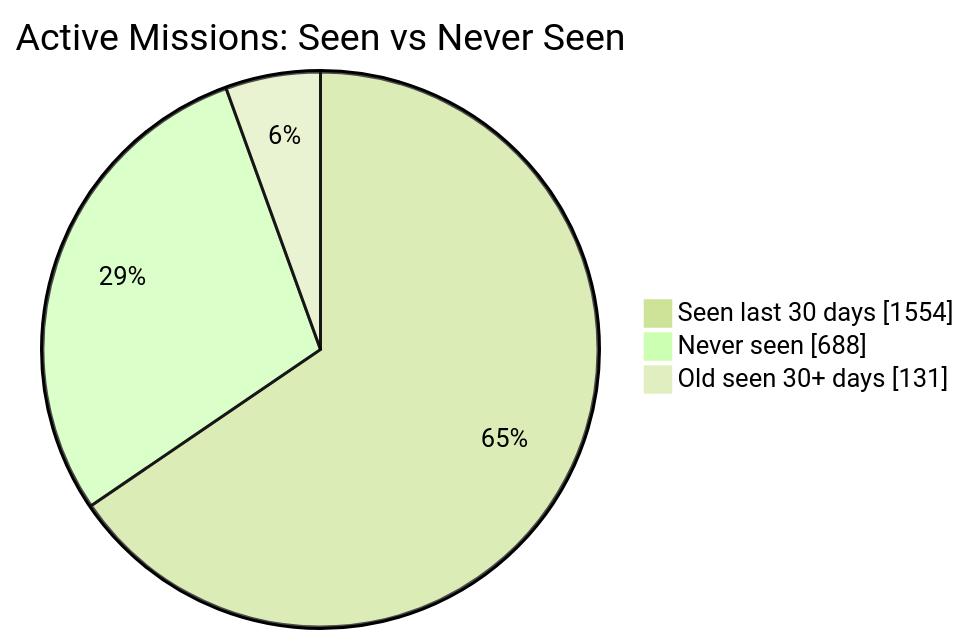
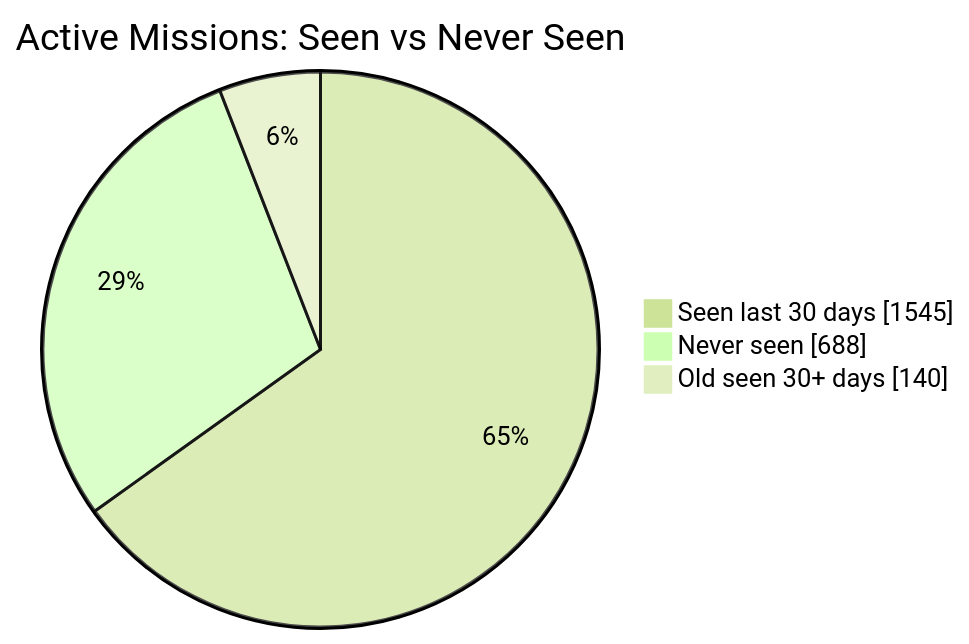
One commit to MeldkamerspelGameTeam/active-missions changed the first of 2 diagrams in README.md. Above: the diagram before and after it, drawn with Mermaid (forest theme). The commit also changed other lines of this file and 2 other files, not shown here.

````diff
--- a/README.md
+++ b/README.md
@@ -34,7 +34,7 @@
 ```mermaid
 pie showData
     title Active Missions: Seen vs Never Seen
-    "Seen last 30 days" : 1554
+    "Seen last 30 days" : 1545
     "Never seen" : 688
-    "Old seen 30+ days" : 131
+    "Old seen 30+ days" : 140
 ```
````
